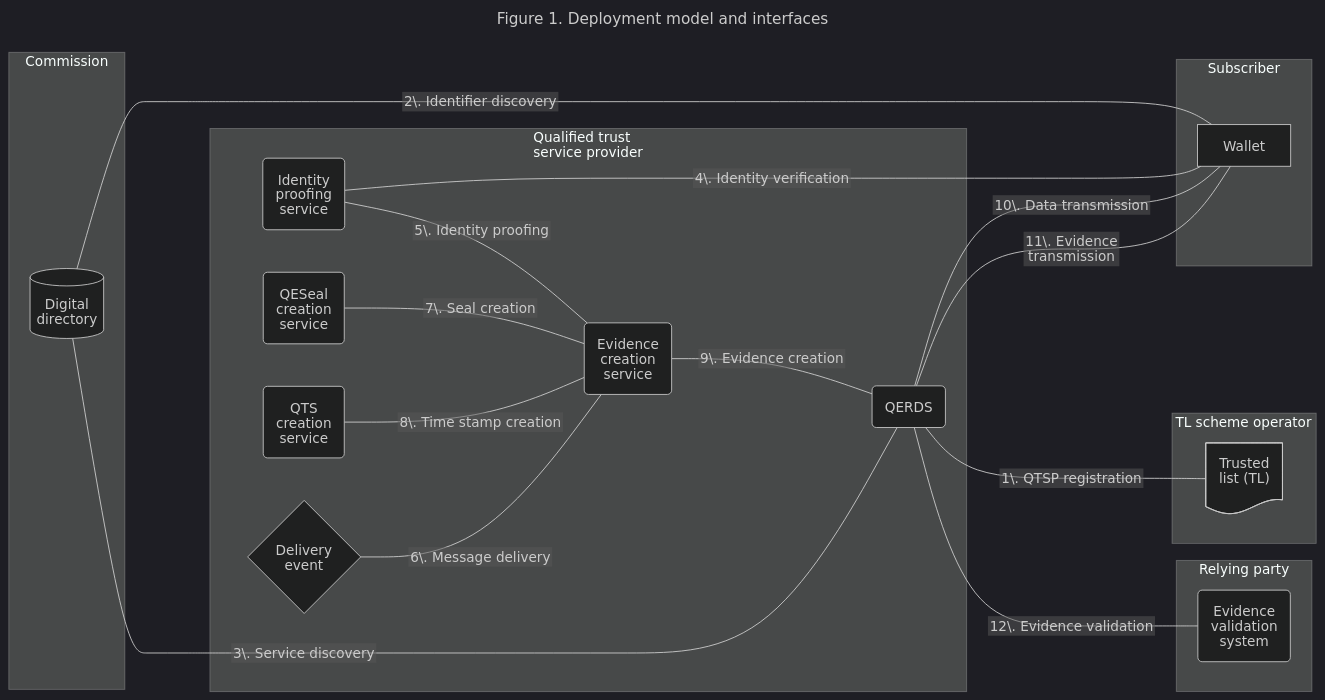
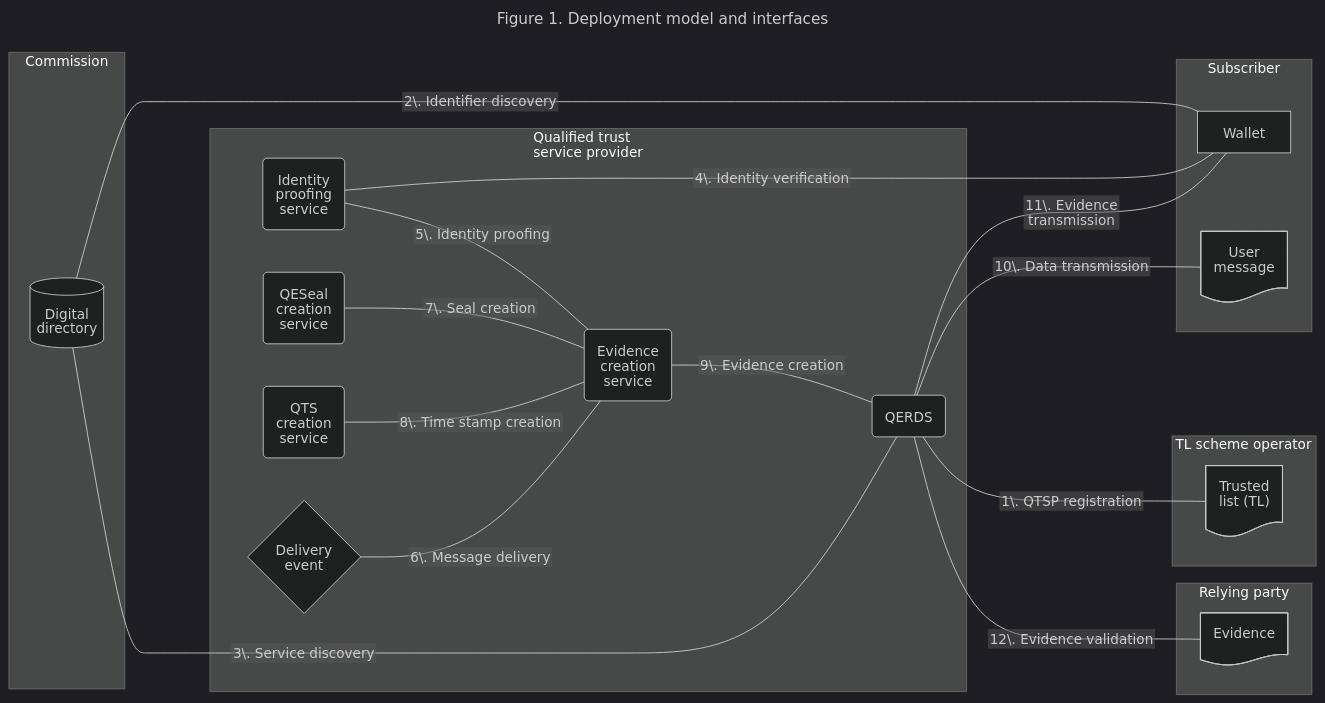
One commit to webuild-consortium/wp4-qtsp-group changed the first of 3 diagrams in docs/qerds/architecture.md. Above: the diagram before and after it, drawn with Mermaid (dark theme). The commit also changed other lines of this file, not shown here.

Commit message:
Clarify that ERDS user data does not need to go through wallets

````diff
--- a/docs/qerds/architecture.md
+++ b/docs/qerds/architecture.md
@@ -63,58 +63,58 @@
 ```mermaid
 ---
 title: Figure 1. Deployment model and interfaces
 config:
   htmlLabels: false
   markdownAutoWrap: true
   flowchart:
     #defaultRenderer: "elk"
 ---
 flowchart LR
 subgraph COM[Commission]
     DD[Digital
     directory]@{shape: cyl}
 end
 subgraph TSP[Qualified trust 
 service provider]
     IPS[Identity
     proofing
     service]@{shape: rounded}
     QES[QESeal
     creation
     service]@{shape: rounded}
     QTS[QTS
     creation
     service]@{shape: rounded}
     ECS[Evidence
     creation
     service]@{shape: rounded}
     ERDS[QERDS]@{shape: rounded}
     Event[Delivery
     event]@{shape: diamond}
 end
 subgraph TLSO[TL scheme operator]
     TL["Trusted
     list (TL)"]@{shape: doc}
 end
 subgraph Sub[Subscriber]
     Wallet[Wallet]
+    Endpoint[User
+    message]@{shape: doc}
 end
 subgraph RP[Relying party]
-    ERDSVal[Evidence
-    validation
-    system]@{shape: rounded}
+    ERDSVal[Evidence]@{shape: doc}
 end
 
 DD -------|2\. Identifier discovery| Wallet
 DD ---|3\. Service discovery| ERDS
 IPS ---|4\. Identity verification| Wallet
 IPS ---|5\. Identity proofing| ECS
 Event ---|6\. Message delivery| ECS
 QES ---|7\. Seal creation| ECS
 QTS ---|8\. Time stamp creation| ECS
 ECS ---|9\. Evidence creation| ERDS
-ERDS ---|10\. Data transmission| Wallet
 ERDS ---|11\. Evidence transmission| Wallet
+ERDS ---|10\. Data transmission| Endpoint
 ERDS ---|1\. QTSP registration| TL
 ERDS ---|12\. Evidence validation| ERDSVal
 ```
````
